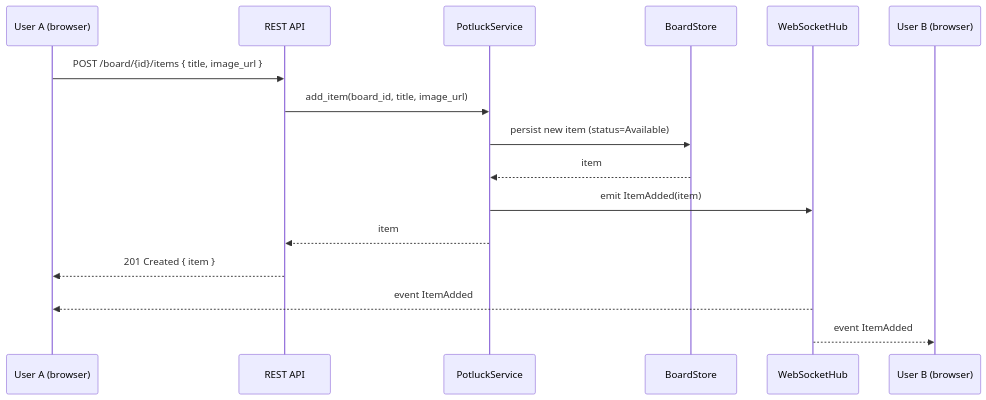
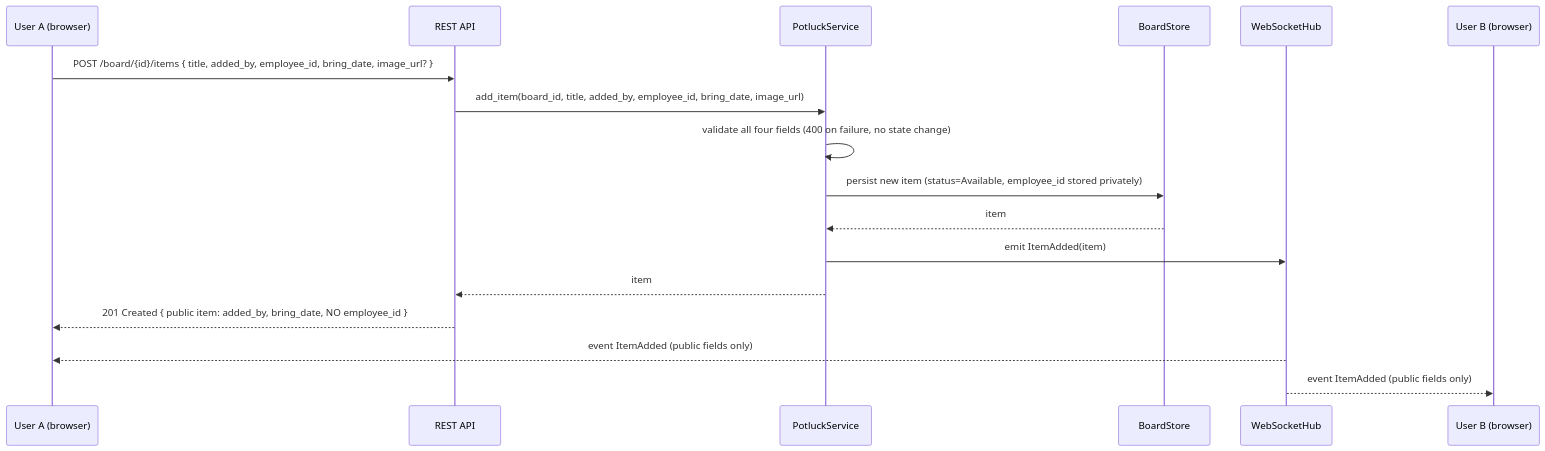
Before and after one commit to kannalokesh13/potluck: the second of 6 diagrams in .kiro/specs/realtime-potluck-planner/design.md, drawn with Mermaid. The commit also changed other lines of this file and 25 other files, not shown here.

````diff
--- a/.kiro/specs/realtime-potluck-planner/design.md
+++ b/.kiro/specs/realtime-potluck-planner/design.md
@@ -48,19 +67,20 @@
 ```mermaid
 sequenceDiagram
     participant U1 as User A (browser)
     participant REST as REST API
     participant SVC as PotluckService
     participant STORE as BoardStore
     participant HUB as WebSocketHub
     participant U2 as User B (browser)
 
-    U1->>REST: POST /board/{id}/items { title, image_url }
-    REST->>SVC: add_item(board_id, title, image_url)
-    SVC->>STORE: persist new item (status=Available)
+    U1->>REST: POST /board/{id}/items { title, added_by, employee_id, bring_date, image_url? }
+    REST->>SVC: add_item(board_id, title, added_by, employee_id, bring_date, image_url)
+    SVC->>SVC: validate all four fields (400 on failure, no state change)
+    SVC->>STORE: persist new item (status=Available, employee_id stored privately)
     STORE-->>SVC: item
     SVC->>HUB: emit ItemAdded(item)
     SVC-->>REST: item
-    REST-->>U1: 201 Created { item }
-    HUB-->>U1: event ItemAdded
-    HUB-->>U2: event ItemAdded
+    REST-->>U1: 201 Created { public item: added_by, bring_date, NO employee_id }
+    HUB-->>U1: event ItemAdded (public fields only)
+    HUB-->>U2: event ItemAdded (public fields only)
 ```
````
